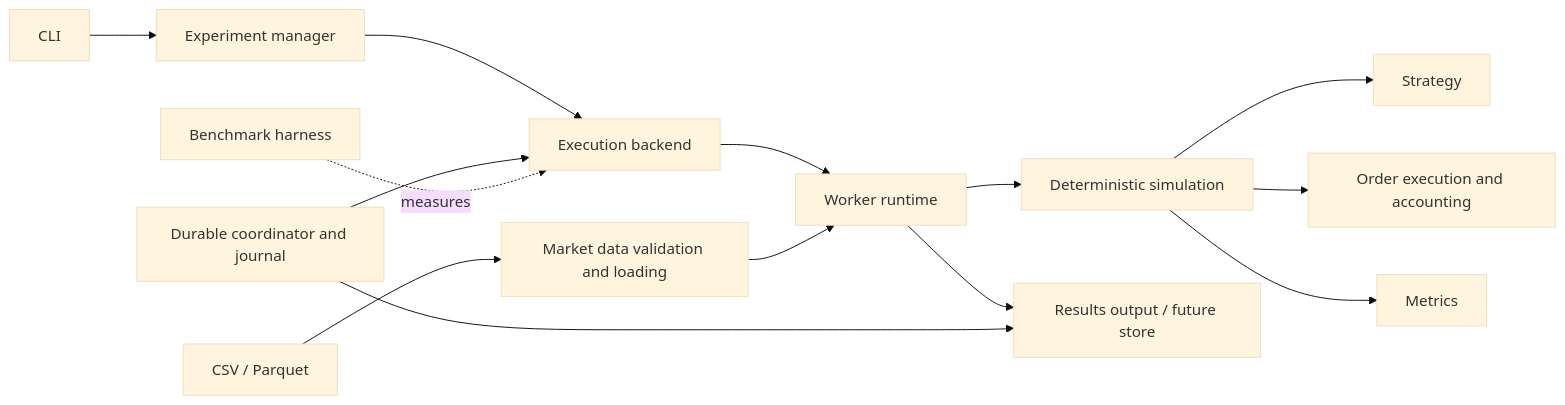
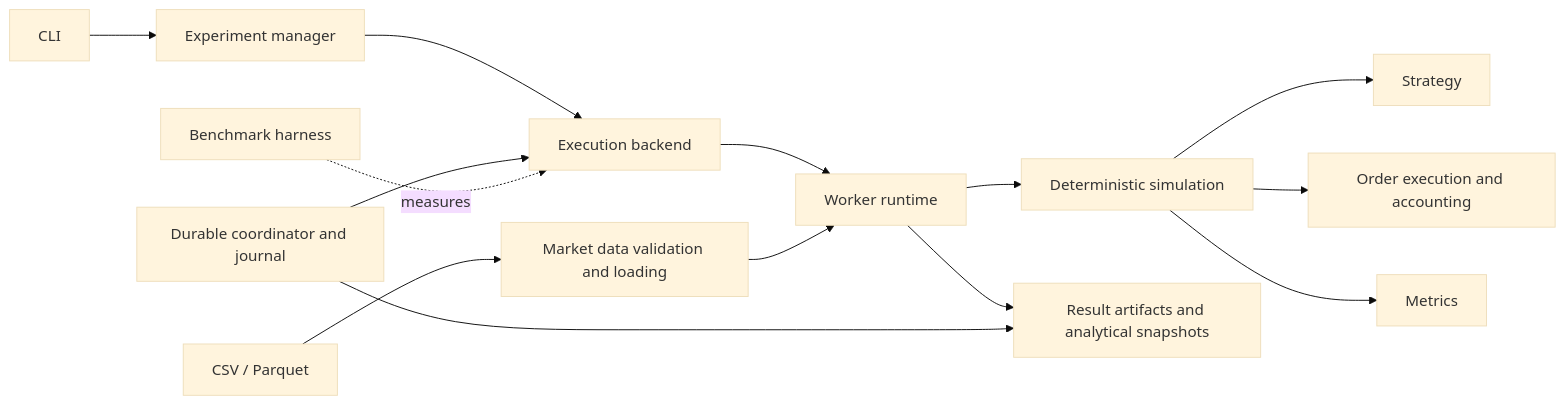
One commit to BDZendure/distrubuted-backtester changed the first of 2 diagrams in docs/architecture.md. Above: the diagram before and after it, drawn with Mermaid (base theme). The commit also changed other lines of this file and 6 other files, not shown here.

````diff
--- a/docs/architecture.md
+++ b/docs/architecture.md
@@ -43,16 +43,16 @@
 ```mermaid
 flowchart LR
     CLI[CLI] --> EM[Experiment manager]
     CSV[CSV / Parquet] --> MD[Market data validation and loading]
     EM --> EB[Execution backend]
     EB --> WR[Worker runtime]
     MD --> WR
     WR --> SE[Deterministic simulation]
     SE --> ST[Strategy]
     SE --> AC[Order execution and accounting]
     SE --> ME[Metrics]
-    WR --> RS[Results output / future store]
+    WR --> RS[Result artifacts and analytical snapshots]
     JS[Durable coordinator and journal] --> EB
     JS --> RS
     BM[Benchmark harness] -. measures .-> EB
 ```
````
